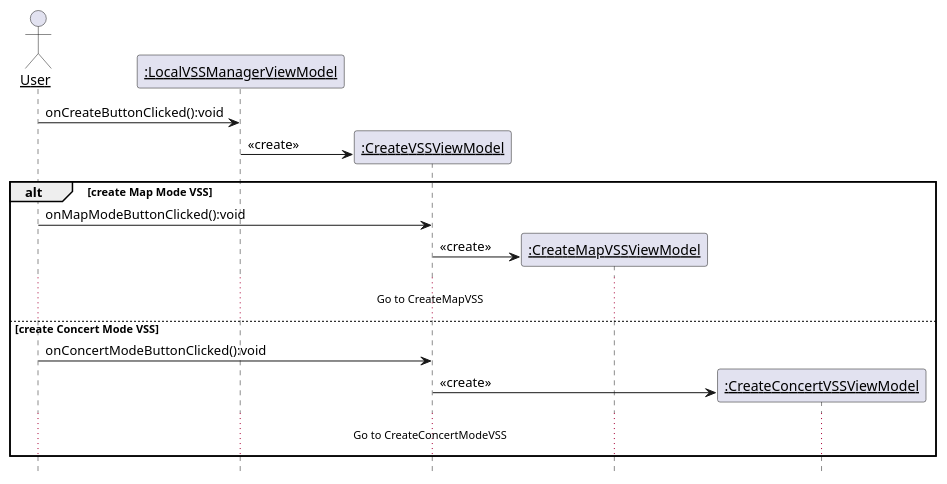
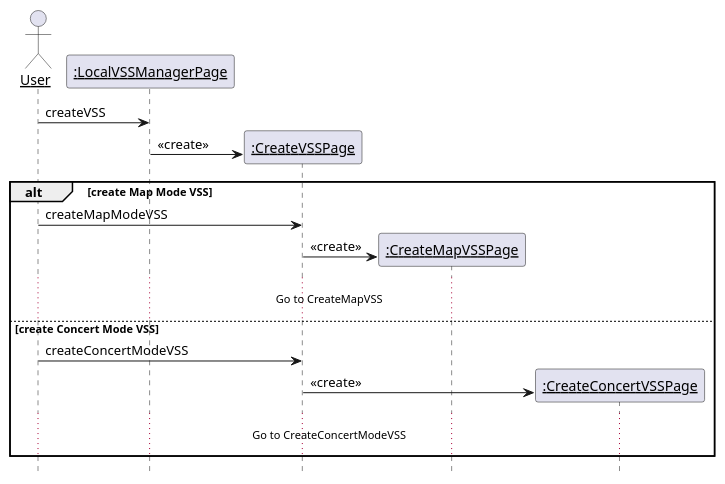
The ninth of 31 diagrams in 设计/顺序图.md (kpp19920121/doc), drawn with PlantUML before and after one commit. The commit also changed other lines of this file, not shown here.

Commit message:
补全了顺序图

````diff
--- a/设计/顺序图.md
+++ b/设计/顺序图.md
@@ -306,28 +285,28 @@
 ```PlantUML
 @startuml Diagrams/CreateVSS
 hide footbox
 skinparam sequenceParticipant underline
 
 actor User as user
-participant ":LocalVSSManagerViewModel" as manage
-participant ":CreateVSSViewModel" as page
-participant ":CreateMapVSSViewModel" as map
-participant ":CreateConcertVSSViewModel" as concert
+participant ":LocalVSSManagerPage" as manage
+participant ":CreateVSSPage" as page
+participant ":CreateMapVSSPage" as map
+participant ":CreateConcertVSSPage" as concert
 
-user -> manage: onCreateButtonClicked():void
+user -> manage: createVSS
 create page
 manage -> page: <<create>>
 alt create Map Mode VSS
-    user -> page: onMapModeButtonClicked():void
+    user -> page: createMapModeVSS
     create map
     page -> map: <<create>>
     ...Go to CreateMapVSS...
 else create Concert Mode VSS
-    user -> page: onConcertModeButtonClicked():void
+    user -> page: createConcertModeVSS
     create concert
     page -> concert: <<create>>
     ...Go to CreateConcertModeVSS...
 end
 
 @enduml
 ```
````
